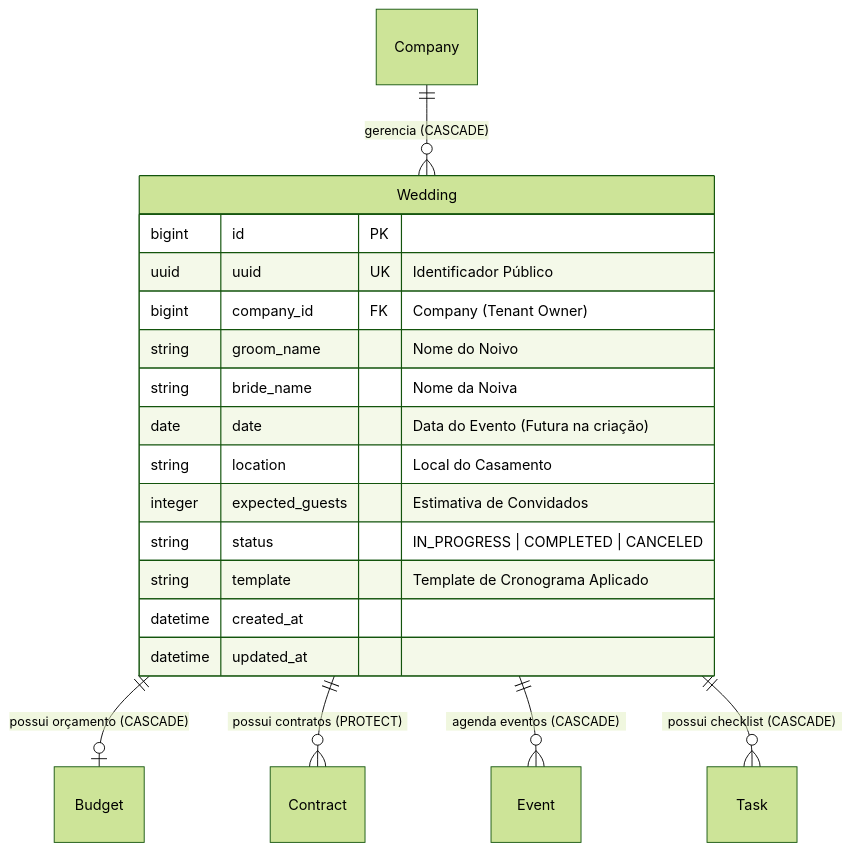
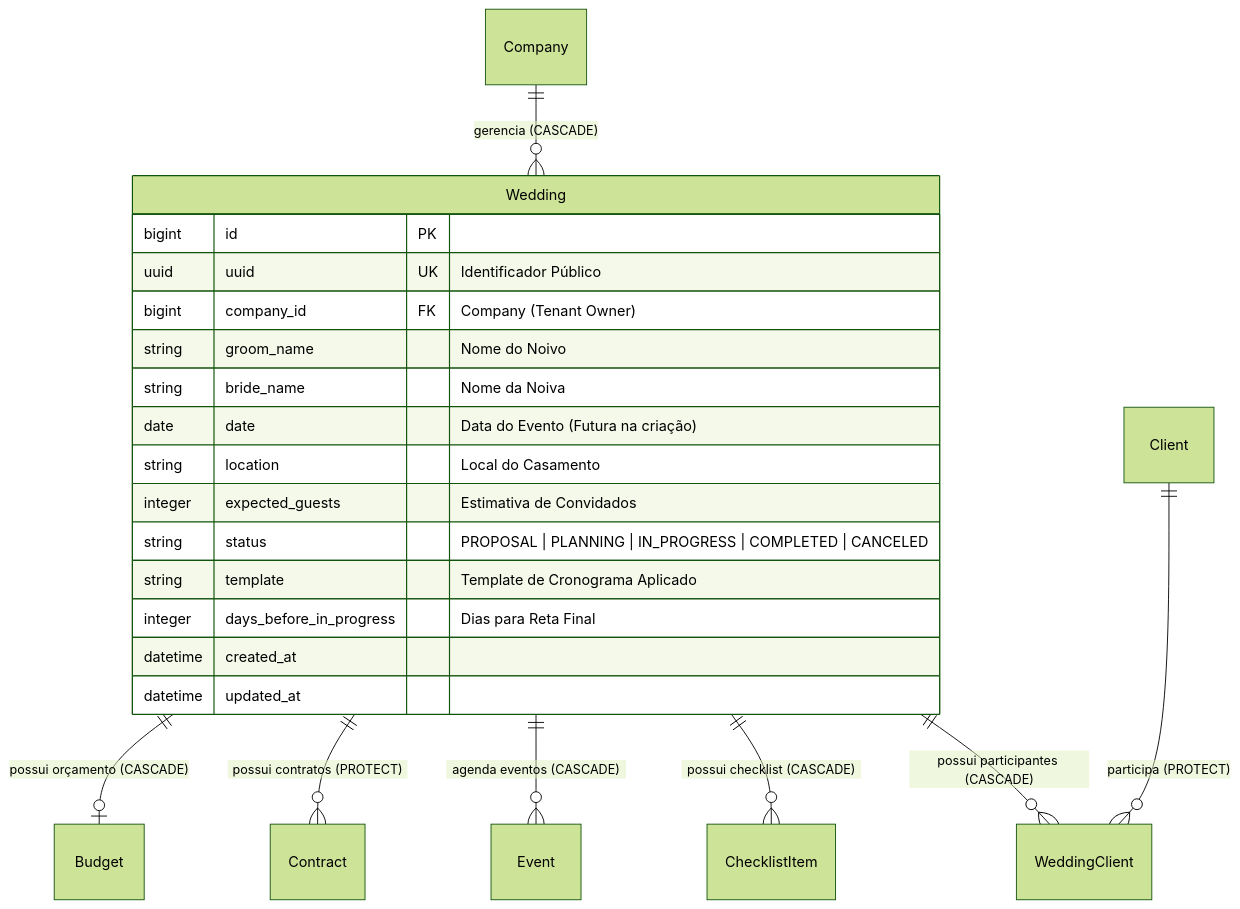
The second of 2 diagrams in docs/architecture/domains/weddings-domain.md (Rafaelp122/wedding_management), drawn with Mermaid (forest theme) before and after one commit. The commit also changed other lines of this file and 433 other files, not shown here.

````diff
--- a/docs/architecture/domains/weddings-domain.md
+++ b/docs/architecture/domains/weddings-domain.md
@@ -40,23 +57,26 @@
 ```mermaid
 erDiagram
     Company ||--o{ Wedding : "gerencia (CASCADE)"
     Wedding ||--o| Budget : "possui orçamento (CASCADE)"
     Wedding ||--o{ Contract : "possui contratos (PROTECT)"
     Wedding ||--o{ Event : "agenda eventos (CASCADE)"
-    Wedding ||--o{ Task : "possui checklist (CASCADE)"
+    Wedding ||--o{ ChecklistItem : "possui checklist (CASCADE)"
+    Wedding ||--o{ WeddingClient : "possui participantes (CASCADE)"
+    Client ||--o{ WeddingClient : "participa (PROTECT)"
 
     Wedding {
         bigint id PK
         uuid uuid UK "Identificador Público"
         bigint company_id FK "Company (Tenant Owner)"
         string groom_name "Nome do Noivo"
         string bride_name "Nome da Noiva"
         date date "Data do Evento (Futura na criação)"
         string location "Local do Casamento"
         integer expected_guests "Estimativa de Convidados"
-        string status "IN_PROGRESS | COMPLETED | CANCELED"
+        string status "PROPOSAL | PLANNING | IN_PROGRESS | COMPLETED | CANCELED"
         string template "Template de Cronograma Aplicado"
+        integer days_before_in_progress "Dias para Reta Final"
         datetime created_at
         datetime updated_at
     }
 ```
````
